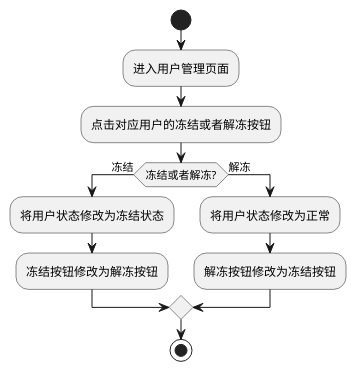
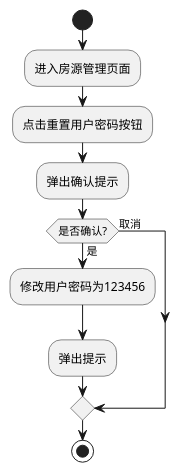
The diagram in resource/活动图/重置用户密码活动图.puml (grimesapple/springGarden), drawn with PlantUML before and after one commit. The commit also changed 52 other files, not shown here.

```diff
--- a/resource/活动图/重置用户密码活动图.puml
+++ b/resource/活动图/重置用户密码活动图.puml
@@ -1,16 +1,14 @@
 @startuml
 
 start
-:进入用户管理页面;
-:点击对应用户的冻结或者解冻按钮;
-if (冻结或者解冻?) is (冻结) then
-  :将用户状态修改为冻结状态;
-  :冻结按钮修改为解冻按钮;
-else (解冻)
-  :将用户状态修改为正常;
-  :解冻按钮修改为冻结按钮;
+:进入房源管理页面;
+:点击重置用户密码按钮;
+:弹出确认提示;
+if (是否确认?) is (是) then
+  :修改用户密码为123456;
+  :弹出提示;
+else (取消)
 endif
-
 stop
 
 @enduml
```
